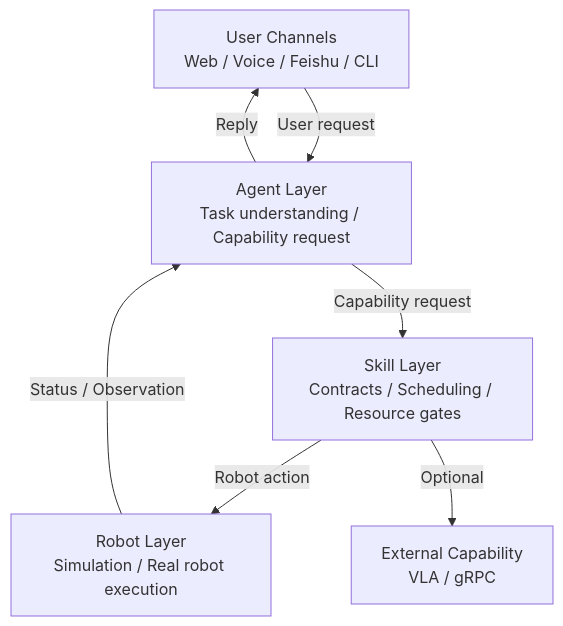
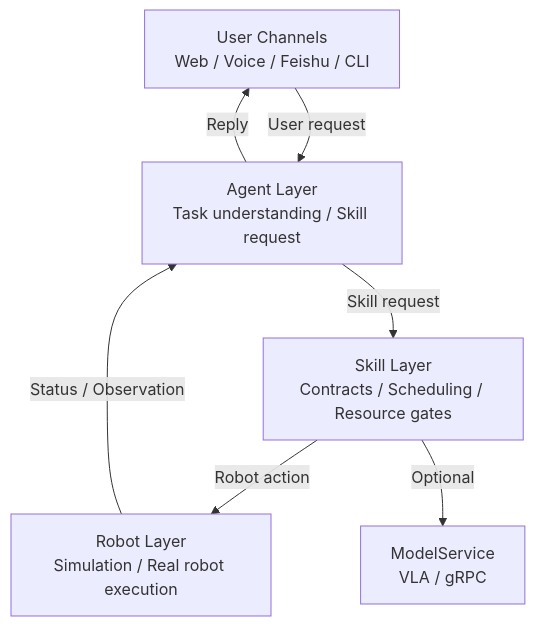
Before and after one commit to Xbotics-Embodied-AI-club/Xbotics-Hey-Robot: the diagram in docs/README_EN.md, drawn with Mermaid. The commit also changed other lines of this file and 107 other files, not shown here.

First line of the commit message:
refactor: unify model service naming

````diff
--- a/docs/README_EN.md
+++ b/docs/README_EN.md
@@ -23,15 +23,15 @@
 ```mermaid
 flowchart TD
     U[User Channels<br/>Web / Voice / Feishu / CLI]
-    A[Agent Layer<br/>Task understanding / Capability request]
+    A[Agent Layer<br/>Task understanding / Skill request]
     S[Skill Layer<br/>Contracts / Scheduling / Resource gates]
     R[Robot Layer<br/>Simulation / Real robot execution]
-    V[External Capability<br/>VLA / gRPC]
+    V[ModelService<br/>VLA / gRPC]
 
     U -->|User request| A
-    A -->|Capability request| S
+    A -->|Skill request| S
     S -->|Robot action| R
     S -->|Optional| V
     R -->|Status / Observation| A
     A -->|Reply| U
 ```
````
